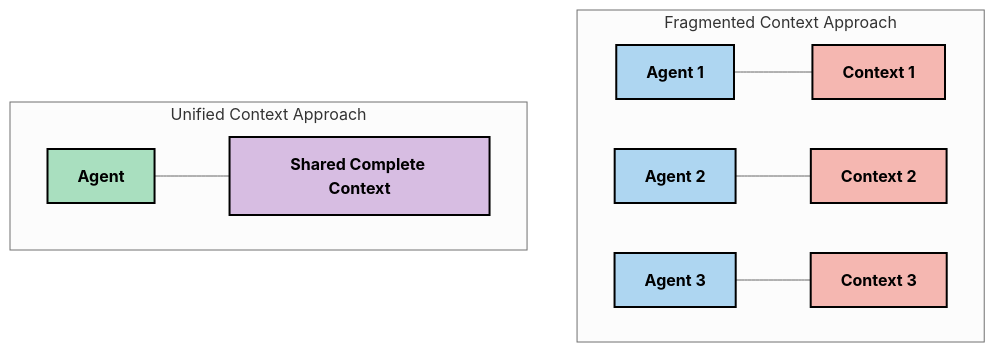
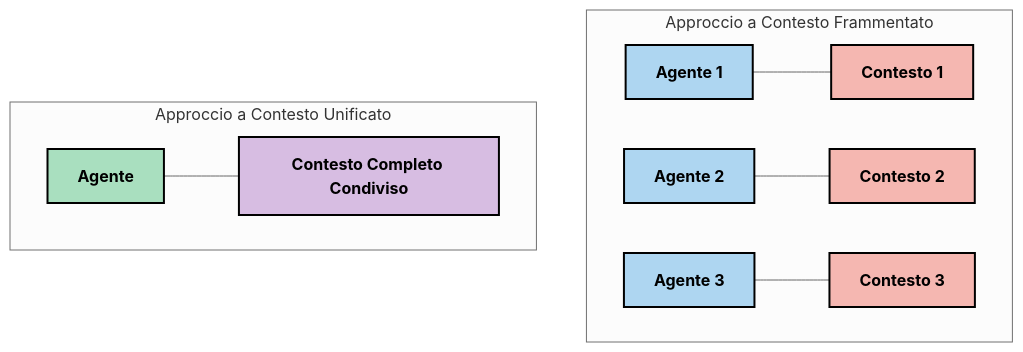
The second of 6 diagrams in mcp_ecosystem__model_context_protocol/mcp_learning_resources/mcp-for-beginners/translations/it/05-AdvancedTopics/mcp-contextengineering/README.md (HIDORAKAI002/ai-workspace-archive), drawn with Mermaid (neutral theme) before and after one commit. The commit also changed other lines of this file and 1046 other files, not shown here.

````diff
--- a/mcp_ecosystem__model_context_protocol/mcp_learning_resources/mcp-for-beginners/translations/it/05-AdvancedTopics/mcp-contextengineering/README.md
+++ b/mcp_ecosystem__model_context_protocol/mcp_learning_resources/mcp-for-beginners/translations/it/05-AdvancedTopics/mcp-contextengineering/README.md
@@ -72,21 +73,21 @@
 ```mermaid
 graph TD
-    subgraph "Fragmented Context Approach"
-    A1[Agent 1] --- C1[Context 1]
-    A2[Agent 2] --- C2[Context 2]
-    A3[Agent 3] --- C3[Context 3]
+    subgraph "Approccio a Contesto Frammentato"
+    A1[Agente 1] --- C1[Contesto 1]
+    A2[Agente 2] --- C2[Contesto 2]
+    A3[Agente 3] --- C3[Contesto 3]
     end
     
-    subgraph "Unified Context Approach"
-    B1[Agent] --- D1[Shared Complete Context]
+    subgraph "Approccio a Contesto Unificato"
+    B1[Agente] --- D1[Contesto Completo Condiviso]
     end
     
     style A1 fill:#AED6F1,stroke:#000000,stroke-width:2px,color:#000000,font-weight:bold
     style A2 fill:#AED6F1,stroke:#000000,stroke-width:2px,color:#000000,font-weight:bold
     style A3 fill:#AED6F1,stroke:#000000,stroke-width:2px,color:#000000,font-weight:bold
     style B1 fill:#A9DFBF,stroke:#000000,stroke-width:2px,color:#000000,font-weight:bold
     style C1 fill:#F5B7B1,stroke:#000000,stroke-width:2px,color:#000000,font-weight:bold
     style C2 fill:#F5B7B1,stroke:#000000,stroke-width:2px,color:#000000,font-weight:bold
     style C3 fill:#F5B7B1,stroke:#000000,stroke-width:2px,color:#000000,font-weight:bold
     style D1 fill:#D7BDE2,stroke:#000000,stroke-width:2px,color:#000000,font-weight:bold
 ```
````
